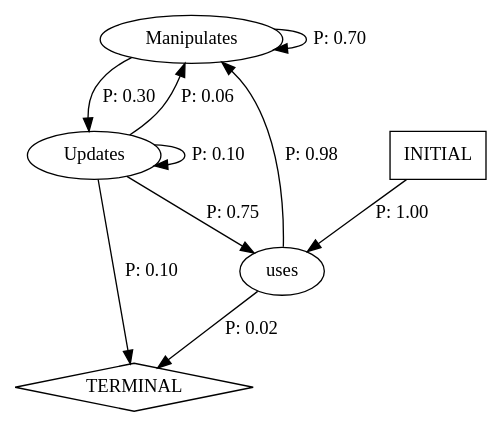
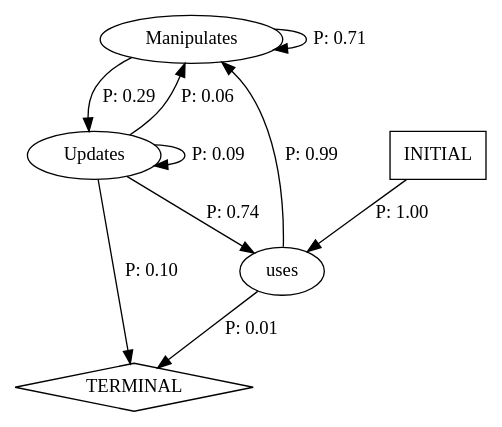
Before and after one commit to Rishik-J/CS520-Inclass4-v2: the diagram in tictactoe-v02/rowGameApp-arch.dot, drawn with Graphviz. The commit also changed 7 other files, not shown here.

```diff
--- a/tictactoe-v02/rowGameApp-arch.dot
+++ b/tictactoe-v02/rowGameApp-arch.dot
@@ -1,16 +1,16 @@
 digraph G {
   0 [label="Manipulates"];
   1 [label="Updates"];
   2 [label="uses"];
   3 [label="TERMINAL",shape=diamond];
   4 [label="INITIAL",shape=box];
-0->0 [label="P: 0.70"];
-0->1 [label="P: 0.30"];
+0->0 [label="P: 0.71"];
+0->1 [label="P: 0.29"];
 1->0 [label="P: 0.06"];
-1->1 [label="P: 0.10"];
-1->2 [label="P: 0.75"];
+1->1 [label="P: 0.09"];
+1->2 [label="P: 0.74"];
 1->3 [label="P: 0.10"];
-2->0 [label="P: 0.98"];
-2->3 [label="P: 0.02"];
+2->0 [label="P: 0.99"];
+2->3 [label="P: 0.01"];
 4->2 [label="P: 1.00"];
 }
```
